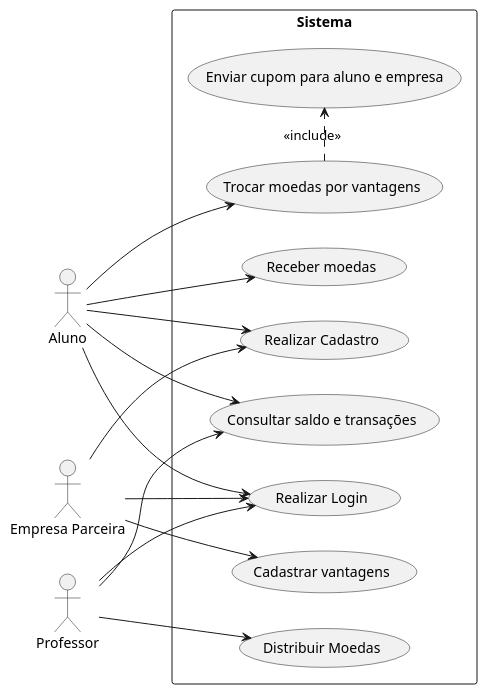
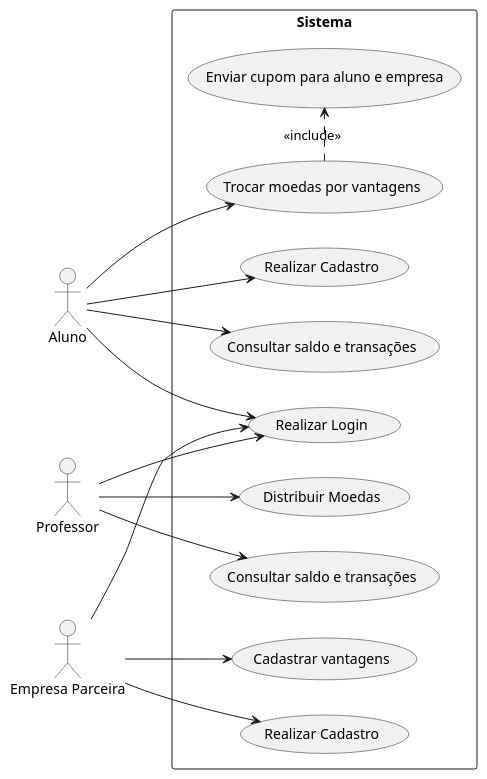
One commit to milenalara/sistema-moeda-estudantil changed the diagram in project/docs/UserCaseDiagram.puml. Above: the diagram before and after it, drawn with PlantUML.

Commit message:
Caso De Uso Corrigido

```diff
--- a/project/docs/UserCaseDiagram.puml
+++ b/project/docs/UserCaseDiagram.puml
@@ -1,37 +1,38 @@
 @startuml
 left to right direction
 
 actor "Aluno" as aluno
 actor "Professor" as professor
 actor "Empresa Parceira" as empresa
 
 rectangle Sistema {
-    usecase "Realizar Cadastro" as RealizarCadastro
+    usecase "Realizar Cadastro" as RealizarCadastroAluno
+    usecase "Realizar Cadastro" as RealizarCadastroEmpresa
     usecase "Realizar Login" as RealizarLogin
 
     usecase "Distribuir Moedas" as DistribuirMoedas
-    usecase "Receber moedas" as ReceberMoedas
-    usecase "Consultar saldo e transações" as VisualizarExtratoConta
+
+    usecase "Consultar saldo e transações" as ConsultarSaldoAluno
+    usecase "Consultar saldo e transações" as ConsultarSaldoProfessor
 
     usecase "Cadastrar vantagens" as CadastrarVantagem
     usecase "Trocar moedas por vantagens" as TrocarMoedas
     usecase "Enviar cupom para aluno e empresa" as EnviarCupom
 }
 
-aluno --> RealizarCadastro
+aluno --> RealizarCadastroAluno
 aluno --> RealizarLogin
-aluno --> ReceberMoedas
-aluno --> VisualizarExtratoConta
+aluno --> ConsultarSaldoAluno
 aluno --> TrocarMoedas
 
 professor --> RealizarLogin
 professor --> DistribuirMoedas
-professor --> VisualizarExtratoConta
+professor --> ConsultarSaldoProfessor
 
-empresa --> RealizarCadastro
+empresa --> RealizarCadastroEmpresa
 empresa --> RealizarLogin
 empresa --> CadastrarVantagem
 
 TrocarMoedas .> EnviarCupom : <<include>>
 
 @enduml
```
